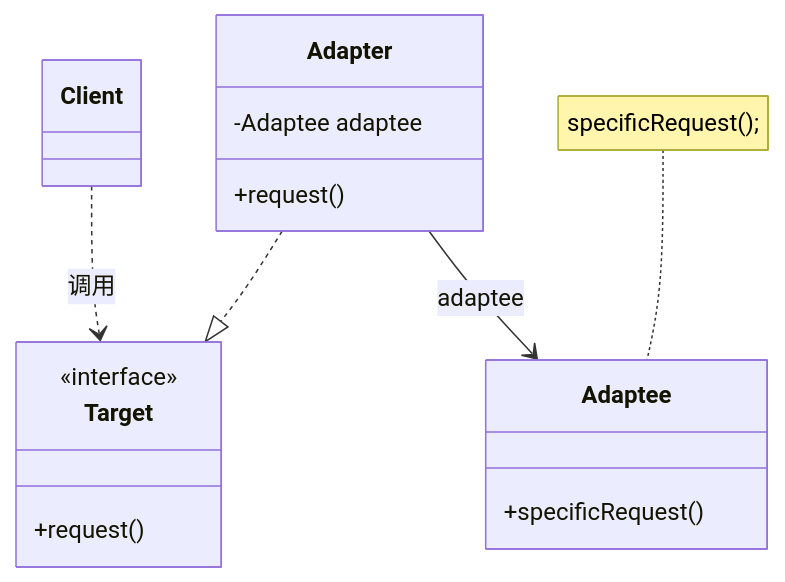
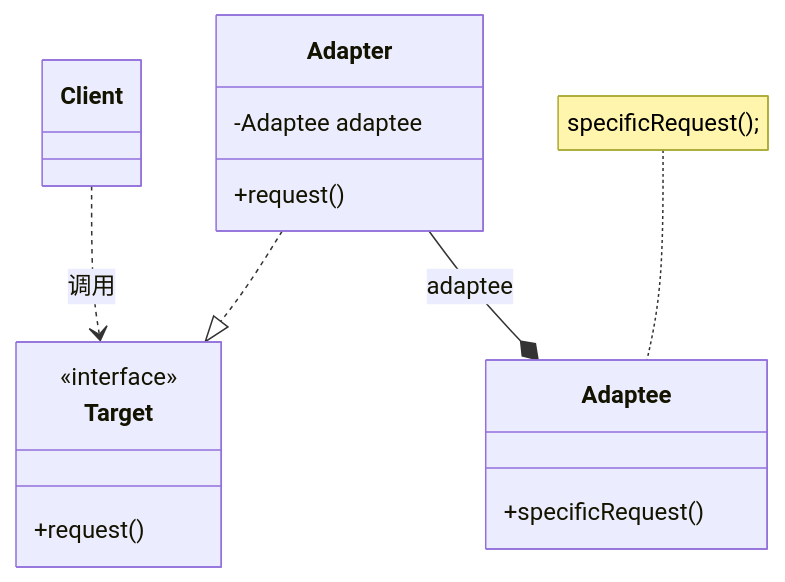
One commit to vip-willian/willian-coding-parent changed the first of 2 diagrams in willian-coding-base/src/main/java/cn/willian/coding/designmode/structure/adapter/适配器模式.md. Above: the diagram before and after it, drawn with Mermaid. The commit also changed 8 other files, not shown here.

````diff
--- a/willian-coding-base/src/main/java/cn/willian/coding/designmode/structure/adapter/适配器模式.md
+++ b/willian-coding-base/src/main/java/cn/willian/coding/designmode/structure/adapter/适配器模式.md
@@ -14,51 +14,51 @@
 ```mermaid
 %% classDiagram 定义类图
 %% - 私有
 %% + 公有
 %% # 受保护
 %% ~ 包/内部
 %% $ 静态方法、静态变量
 %% * 抽象方法
 
 %% <<interface>> 接口
 %% <<abstract>> 抽象类
 %% <<service>> 服务等级
 %% <<enumeration>> 枚举
 
 %% ..> 依赖：只要在类中引用了另一个类的类，那么它们之间就是依赖关系。比如类A中有方法m，方法m的返回值类型为类B，此时，类A与类B依赖。
 %% --> 关联：相较于依赖关系，关联关系的依赖性更高。比如类A中有成员属性b，此时类A与类B关联。
 %% --o 聚合：关联性是更强的关联关系。是整体和个体的关系。但二者可分割。比如类A中有成员属性b，并且属性b通过setter赋值，此时二者就是聚合关系。
 %% *-- 组合: 关联性是更强的关联关系。是整体和部分的关系。二者不可分割。比如类A中有成员属性b，并且属性b是在类A的构造方法中赋值，此时二者就是组合关系。
 %% ..|> 实现: 类A实现了类B（接口或抽象类）
 %% –|> 继承: 类A继承了类B
 
 classDiagram
 
 class Client{
  
 }
 
 class Target{
     <<interface>>
     +request()
 }
 
 class Adapter{
     -Adaptee adaptee
     +request()
 }
 
 class Adaptee{
     +specificRequest()
 }
 
 %% 适配器 实现 Target
 Adapter ..|> Target
-%% 适配器 关联 适配者类 里面有属性
-Adapter --> Adaptee : adaptee
+%% 适配器 组合 适配者类 里面有属性
+Adapter --* Adaptee : adaptee
 
 %% 客户端 调用 Target
 Client ..> Target: 调用
 note for Adaptee "specificRequest();"
 
 ```
````
